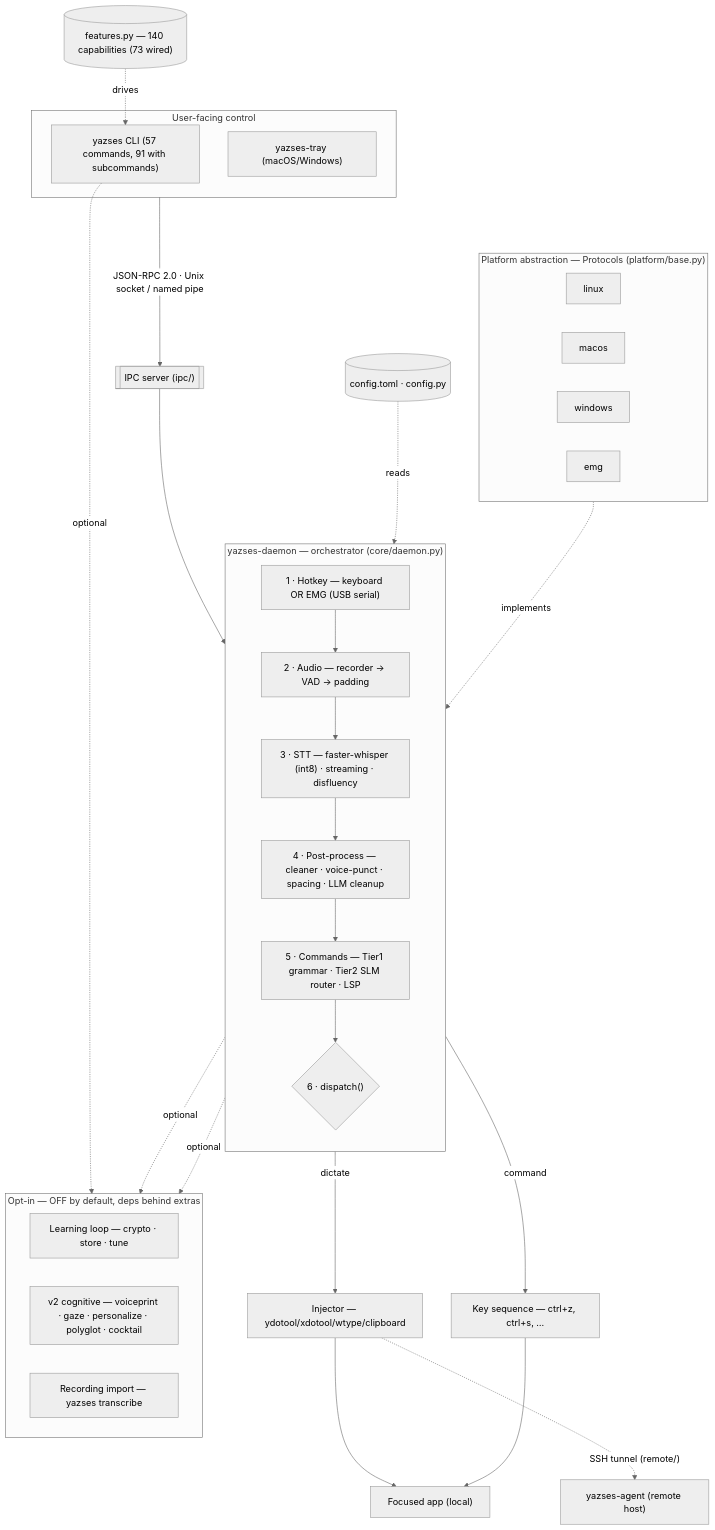
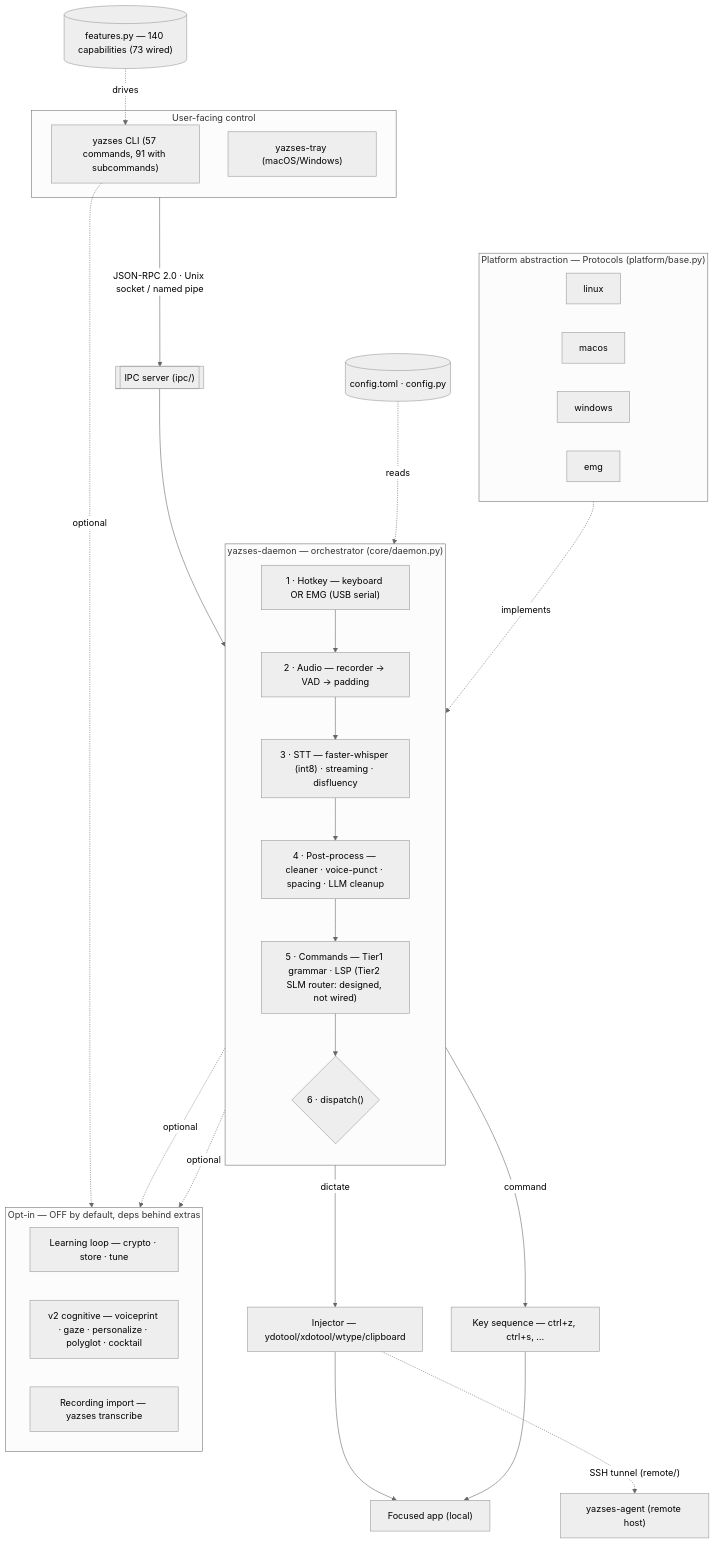
The diagram in docs/diagrams/index.md (MSKazemi/yazses), drawn with Mermaid (neutral theme) before and after one commit. The commit also changed 10 other files, not shown here.

First line of the commit message:
docs: stop advertising the Tier-2 SLM router, which nothing constructs

````diff
--- a/docs/diagrams/index.md
+++ b/docs/diagrams/index.md
@@ -22,50 +22,50 @@
 ```mermaid
 flowchart TB
   subgraph UI["User-facing control"]
     CLI["yazses CLI (57 commands, 91 with subcommands)"]
     TRAY["yazses-tray (macOS/Windows)"]
   end
   UI -->|"JSON-RPC 2.0 · Unix socket / named pipe"| IPC[["IPC server (ipc/)"]]
   IPC --> DAEMON
 
   subgraph DAEMON["yazses-daemon — orchestrator (core/daemon.py)"]
     direction TB
     HK["1 · Hotkey — keyboard OR EMG (USB serial)"]
     AUD["2 · Audio — recorder → VAD → padding"]
     STT["3 · STT — faster-whisper (int8) · streaming · disfluency"]
     PP["4 · Post-process — cleaner · voice-punct · spacing · LLM cleanup"]
-    CMD["5 · Commands — Tier1 grammar · Tier2 SLM router · LSP"]
+    CMD["5 · Commands — Tier1 grammar · LSP (Tier2 SLM router: designed, not wired)"]
     DIS{"6 · dispatch()"}
     HK --> AUD --> STT --> PP --> CMD --> DIS
   end
 
   CFG[("config.toml · config.py")]
   FEAT[("features.py — 140 capabilities (73 wired)")]
   CFG -. reads .-> DAEMON
   FEAT -. drives .-> CLI
 
   DIS -->|dictate| INJ["Injector — ydotool/xdotool/wtype/clipboard"]
   DIS -->|command| KEYS["Key sequence — ctrl+z, ctrl+s, …"]
   INJ --> APP["Focused app (local)"]
   KEYS --> APP
   INJ -. "SSH tunnel (remote/)" .-> AGENT["yazses-agent (remote host)"]
 
   subgraph PLAT["Platform abstraction — Protocols (platform/base.py)"]
     direction LR
     LNX["linux"]
     MAC["macos"]
     WIN["windows"]
     EMG["emg"]
   end
   PLAT -. implements .-> DAEMON
 
   subgraph OPT["Opt-in — OFF by default, deps behind extras"]
     direction LR
     LEARN["Learning loop — crypto · store · tune"]
     V2["v2 cognitive — voiceprint · gaze · personalize · polyglot · cocktail"]
     RECIMP["Recording import — yazses transcribe"]
   end
   DAEMON -. optional .-> LEARN
   DAEMON -. optional .-> V2
   CLI -. optional .-> RECIMP
 ```
````
